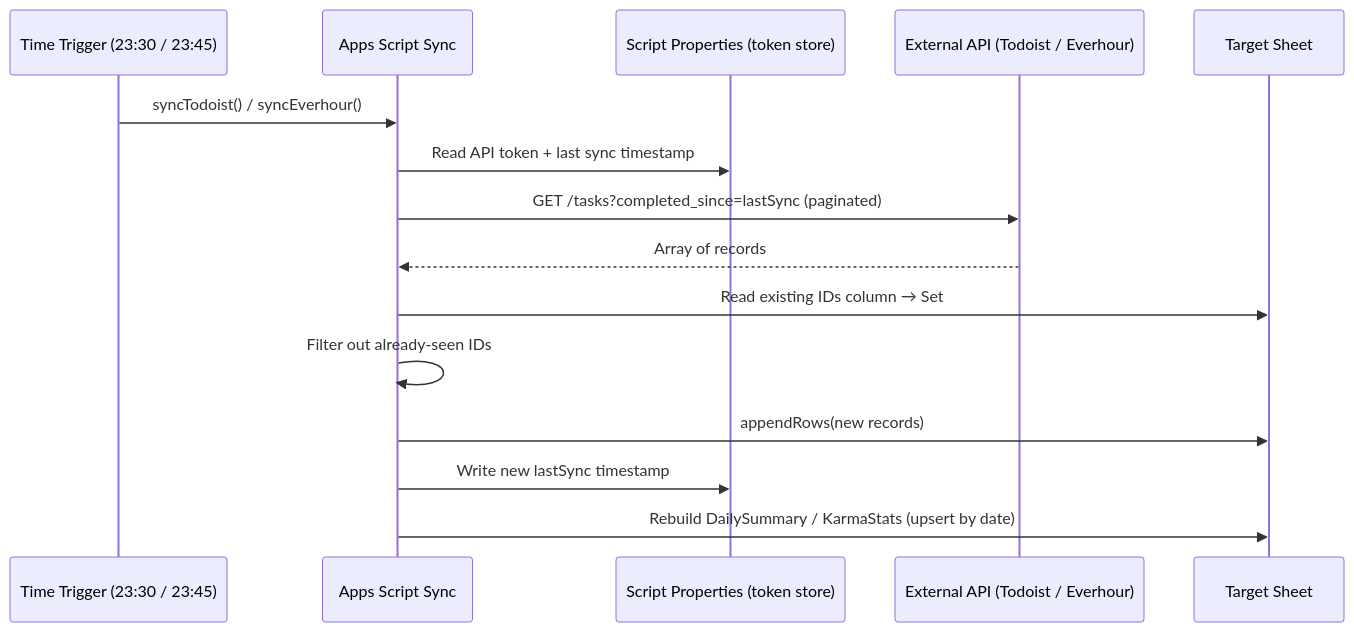
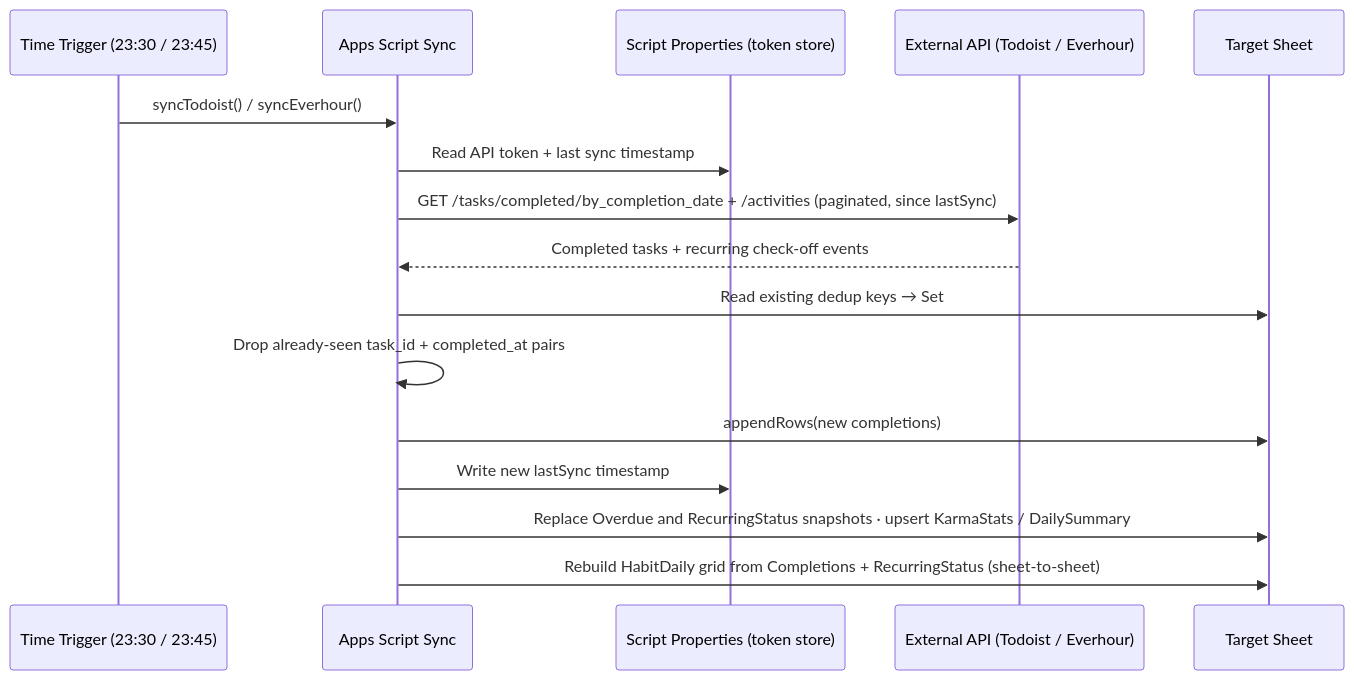
Before and after one commit to AlbertoMata/quantified-self: the third of 4 diagrams in docs/diagrams.md, drawn with Mermaid. The commit also changed other lines of this file and 8 other files, not shown here.

````diff
--- a/docs/diagrams.md
+++ b/docs/diagrams.md
@@ -81,18 +81,19 @@
 ```mermaid
 sequenceDiagram
     participant TR as Time Trigger (23:30 / 23:45)
     participant GAS as Apps Script Sync
     participant SP as Script Properties (token store)
     participant API as External API (Todoist / Everhour)
     participant SH as Target Sheet
 
     TR->>GAS: syncTodoist() / syncEverhour()
     GAS->>SP: Read API token + last sync timestamp
-    GAS->>API: GET /tasks?completed_since=lastSync (paginated)
-    API-->>GAS: Array of records
-    GAS->>SH: Read existing IDs column → Set
-    GAS->>GAS: Filter out already-seen IDs
-    GAS->>SH: appendRows(new records)
+    GAS->>API: GET /tasks/completed/by_completion_date + /activities (paginated, since lastSync)
+    API-->>GAS: Completed tasks + recurring check-off events
+    GAS->>SH: Read existing dedup keys → Set
+    GAS->>GAS: Drop already-seen task_id + completed_at pairs
+    GAS->>SH: appendRows(new completions)
     GAS->>SP: Write new lastSync timestamp
-    GAS->>SH: Rebuild DailySummary / KarmaStats (upsert by date)
+    GAS->>SH: Replace Overdue and RecurringStatus snapshots · upsert KarmaStats / DailySummary
+    GAS->>SH: Rebuild HabitDaily grid from Completions + RecurringStatus (sheet-to-sheet)
 ```
````
